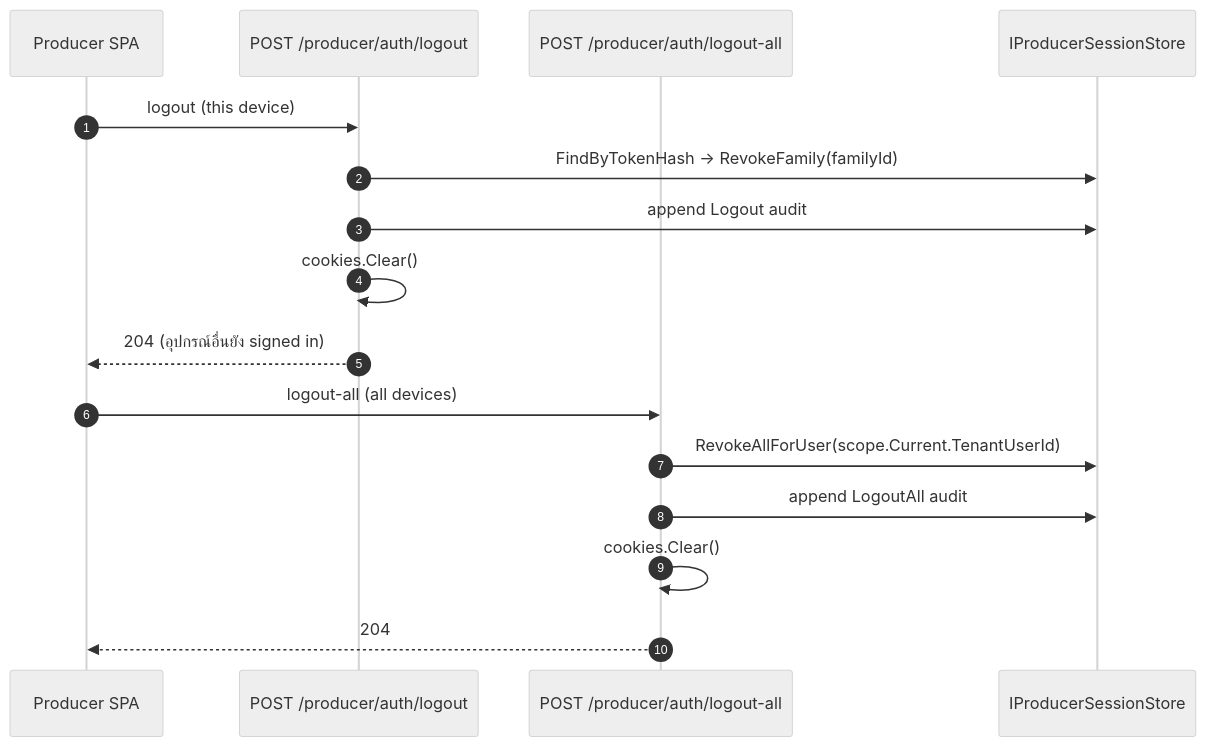
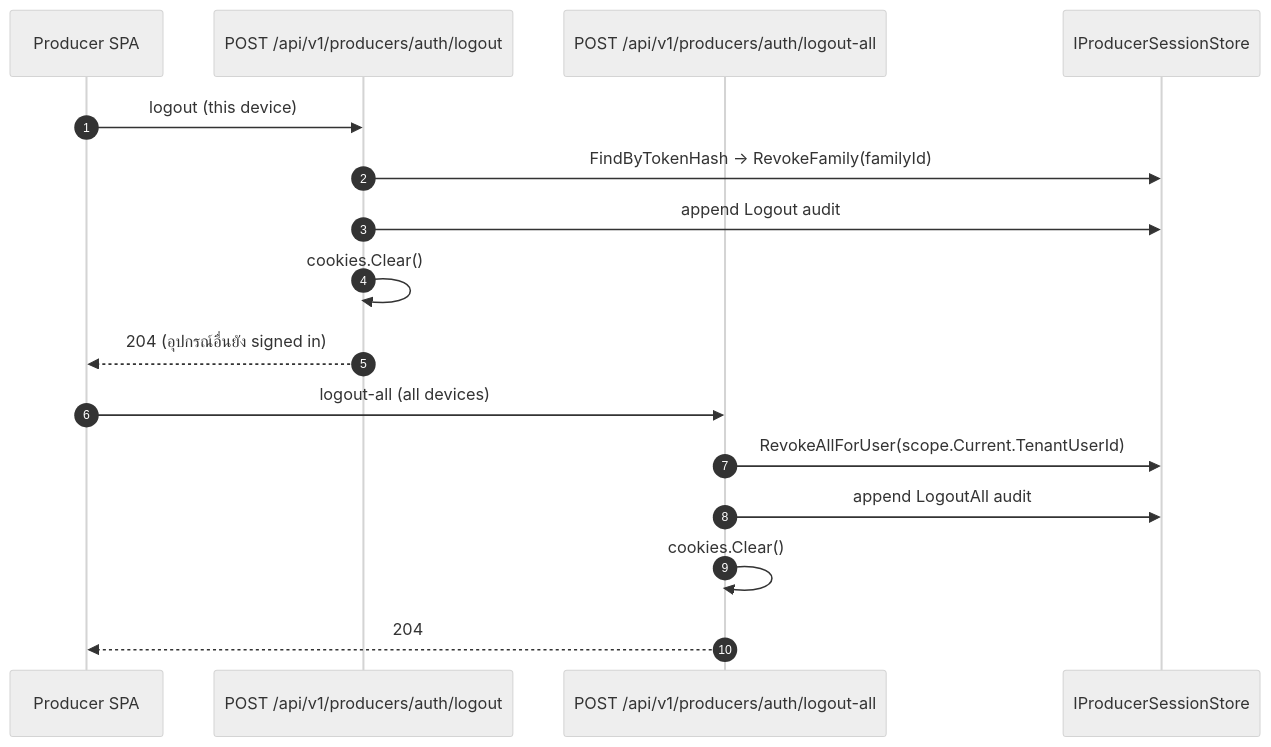
Before and after one commit to metrodiesign/pol-core: the seventh of 7 diagrams in docs/reference/producer-module.md, drawn with Mermaid (neutral theme). The commit also changed other lines of this file and 4 other files, not shown here.

````diff
--- a/docs/reference/producer-module.md
+++ b/docs/reference/producer-module.md
@@ -452,20 +452,20 @@
 ```mermaid
 sequenceDiagram
     autonumber
     participant SPA as Producer SPA
-    participant L as POST /producer/auth/logout
-    participant LA as POST /producer/auth/logout-all
+    participant L as POST /api/v1/producers/auth/logout
+    participant LA as POST /api/v1/producers/auth/logout-all
     participant S as IProducerSessionStore
 
     SPA->>L: logout (this device)
     L->>S: FindByTokenHash -> RevokeFamily(familyId)
     L->>S: append Logout audit
     L->>L: cookies.Clear()
     L-->>SPA: 204 (อุปกรณ์อื่นยัง signed in)
 
     SPA->>LA: logout-all (all devices)
     LA->>S: RevokeAllForUser(scope.Current.TenantUserId)
     LA->>S: append LogoutAll audit
     LA->>LA: cookies.Clear()
     LA-->>SPA: 204
 ```
````
